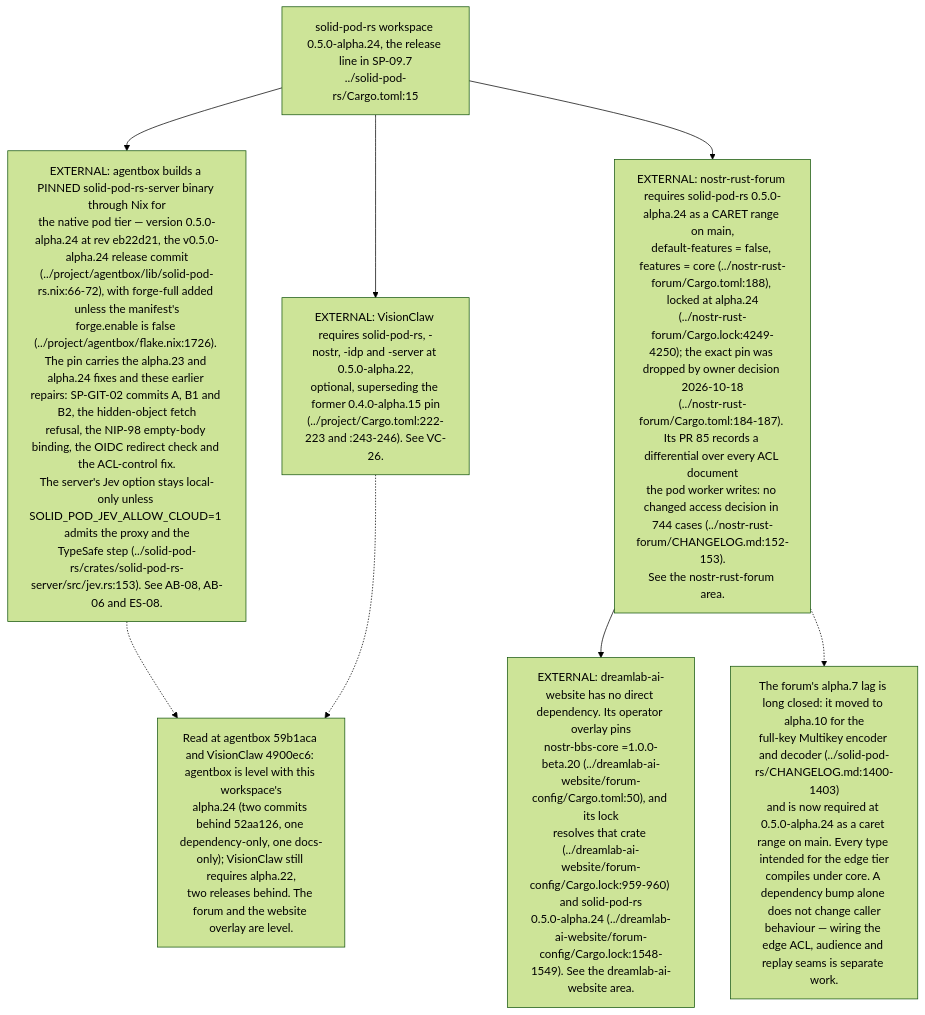
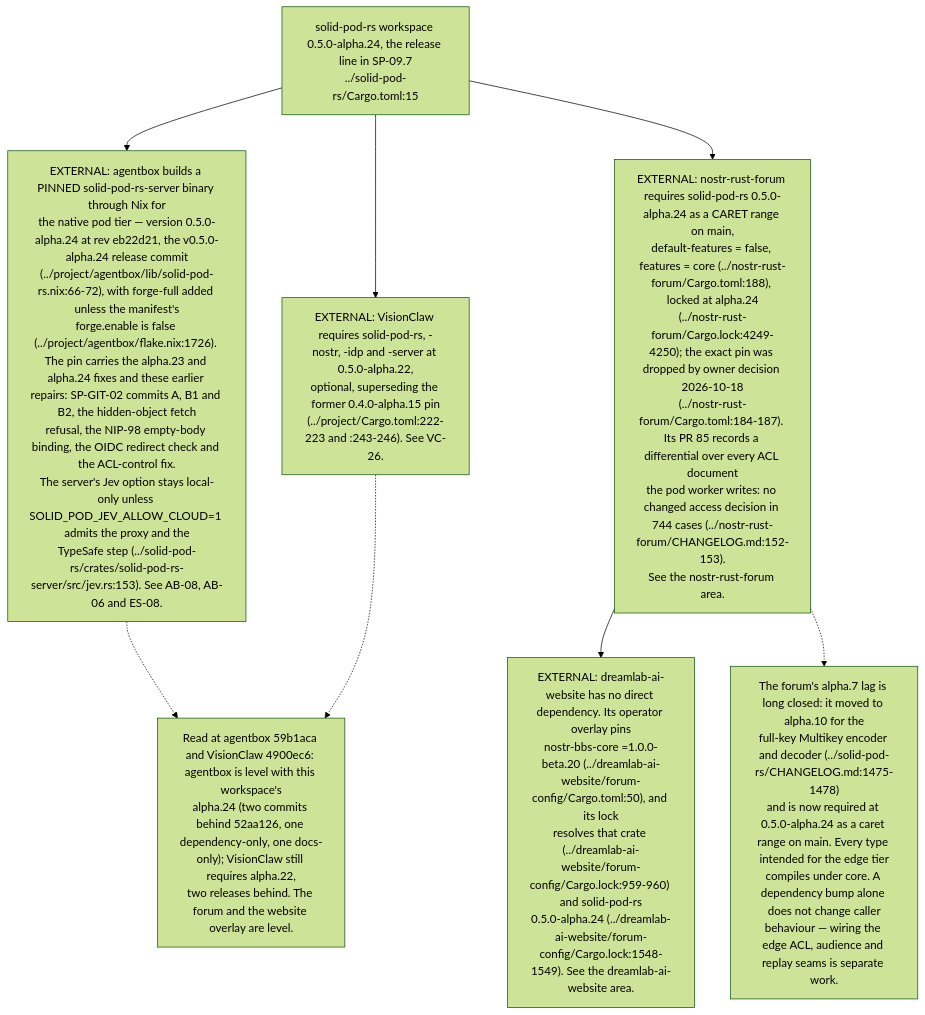
One commit to DreamLab-AI/VisionFlow changed the sixth of 10 diagrams in docs/diagrams/solid-pod-rs/09-ci-release-and-consumer-pins.md. Above: the diagram before and after it, drawn with Mermaid (forest theme). The commit also changed other lines of this file and 3 other files, not shown here.

First line of the commit message:
docs(diagrams): solid-pod-rs pass B at solid-pod-rs b91de60 (#19, #20, #21)

````diff
--- a/docs/diagrams/solid-pod-rs/09-ci-release-and-consumer-pins.md
+++ b/docs/diagrams/solid-pod-rs/09-ci-release-and-consumer-pins.md
@@ -244,19 +247,19 @@
 ```mermaid
 flowchart TD
     P["solid-pod-rs workspace 0.5.0-alpha.24, the release line in SP-09.7<br/>../solid-pod-rs/Cargo.toml:15"]
     P --> AB
     P --> VC
     P --> NF
     AB["EXTERNAL: agentbox builds a PINNED solid-pod-rs-server binary through Nix for<br/>the native pod tier — version 0.5.0-alpha.24 at rev eb22d21, the v0.5.0-alpha.24 release commit<br/>(../project/agentbox/lib/solid-pod-rs.nix:66-72), with forge-full added unless the manifest's<br/>forge.enable is false (../project/agentbox/flake.nix:1726). The pin carries the alpha.23 and alpha.24 fixes and these earlier repairs: SP-GIT-02 commits A, B1 and B2, the hidden-object fetch<br/>refusal, the NIP-98 empty-body binding, the OIDC redirect check and the ACL-control fix.<br/>The server's Jev option stays local-only unless SOLID_POD_JEV_ALLOW_CLOUD=1 admits the proxy and the<br/>TypeSafe step (../solid-pod-rs/crates/solid-pod-rs-server/src/jev.rs:153). See AB-08, AB-06 and ES-08."]
     VC["EXTERNAL: VisionClaw requires solid-pod-rs, -nostr, -idp and -server at 0.5.0-alpha.22,<br/>optional, superseding the former 0.4.0-alpha.15 pin<br/>(../project/Cargo.toml:222-223 and :243-246). See VC-26."]
     NF["EXTERNAL: nostr-rust-forum requires solid-pod-rs 0.5.0-alpha.24 as a CARET range on main,<br/>default-features = false, features = core (../nostr-rust-forum/Cargo.toml:188), locked at alpha.24<br/>(../nostr-rust-forum/Cargo.lock:4249-4250); the exact pin was dropped by owner decision 2026-10-18<br/>(../nostr-rust-forum/Cargo.toml:184-187). Its PR 85 records a differential over every ACL document<br/>the pod worker writes: no changed access decision in 744 cases (../nostr-rust-forum/CHANGELOG.md:152-153).<br/>See the nostr-rust-forum area."]
     DW["EXTERNAL: dreamlab-ai-website has no direct dependency. Its operator overlay pins<br/>nostr-bbs-core =1.0.0-beta.20 (../dreamlab-ai-website/forum-config/Cargo.toml:50), and its lock<br/>resolves that crate (../dreamlab-ai-website/forum-config/Cargo.lock:959-960) and solid-pod-rs<br/>0.5.0-alpha.24 (../dreamlab-ai-website/forum-config/Cargo.lock:1548-1549). See the dreamlab-ai-website area."]
     LAG["Read at agentbox 59b1aca and VisionClaw 4900ec6: agentbox is level with this workspace's<br/>alpha.24 (two commits behind 52aa126, one dependency-only, one docs-only); VisionClaw still requires alpha.22,<br/>two releases behind. The forum and the website overlay are level."]
     AB -.-> LAG
     VC -.-> LAG
 
     NF --> DW
 
-    N["The forum's alpha.7 lag is long closed: it moved to alpha.10 for the<br/>full-key Multikey encoder and decoder (../solid-pod-rs/CHANGELOG.md:1400-1403)<br/>and is now required at 0.5.0-alpha.24 as a caret range on main. Every type intended for the edge tier<br/>compiles under core. A dependency bump alone does not change caller<br/>behaviour — wiring the edge ACL, audience and replay seams is separate work."]
+    N["The forum's alpha.7 lag is long closed: it moved to alpha.10 for the<br/>full-key Multikey encoder and decoder (../solid-pod-rs/CHANGELOG.md:1475-1478)<br/>and is now required at 0.5.0-alpha.24 as a caret range on main. Every type intended for the edge tier<br/>compiles under core. A dependency bump alone does not change caller<br/>behaviour — wiring the edge ACL, audience and replay seams is separate work."]
     NF -.-> N
 ```
````
